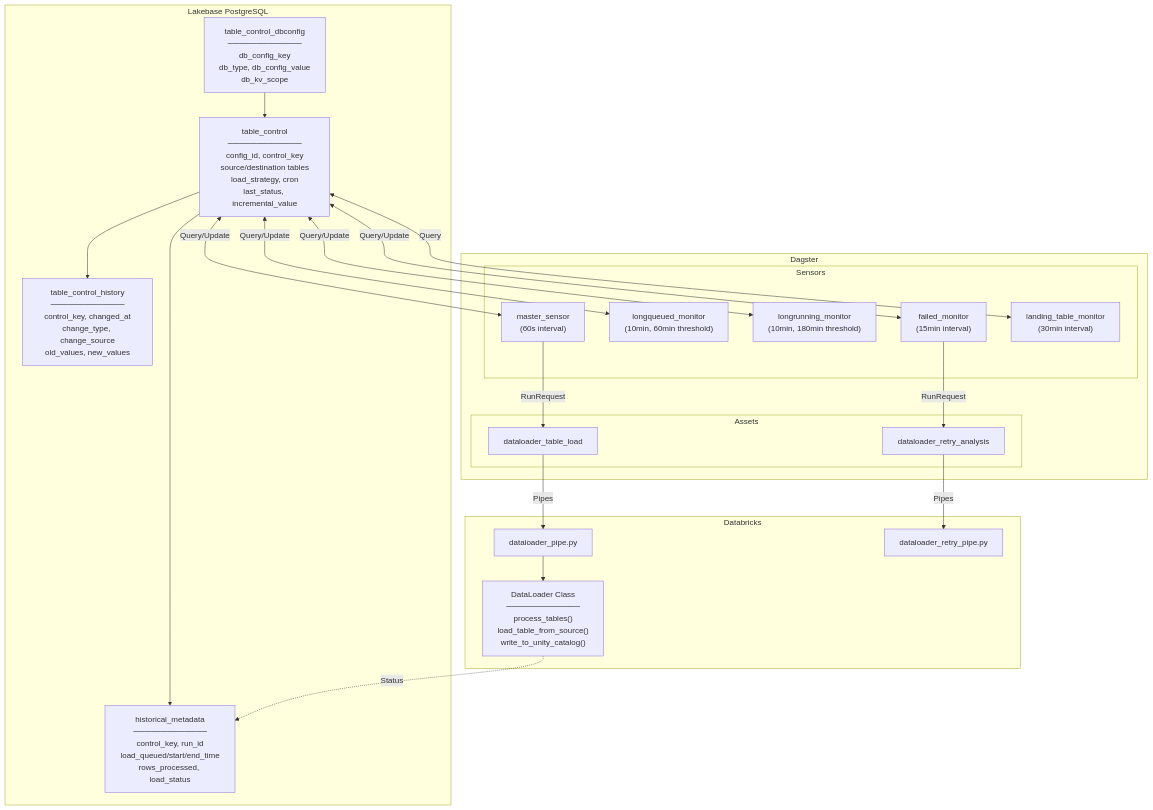
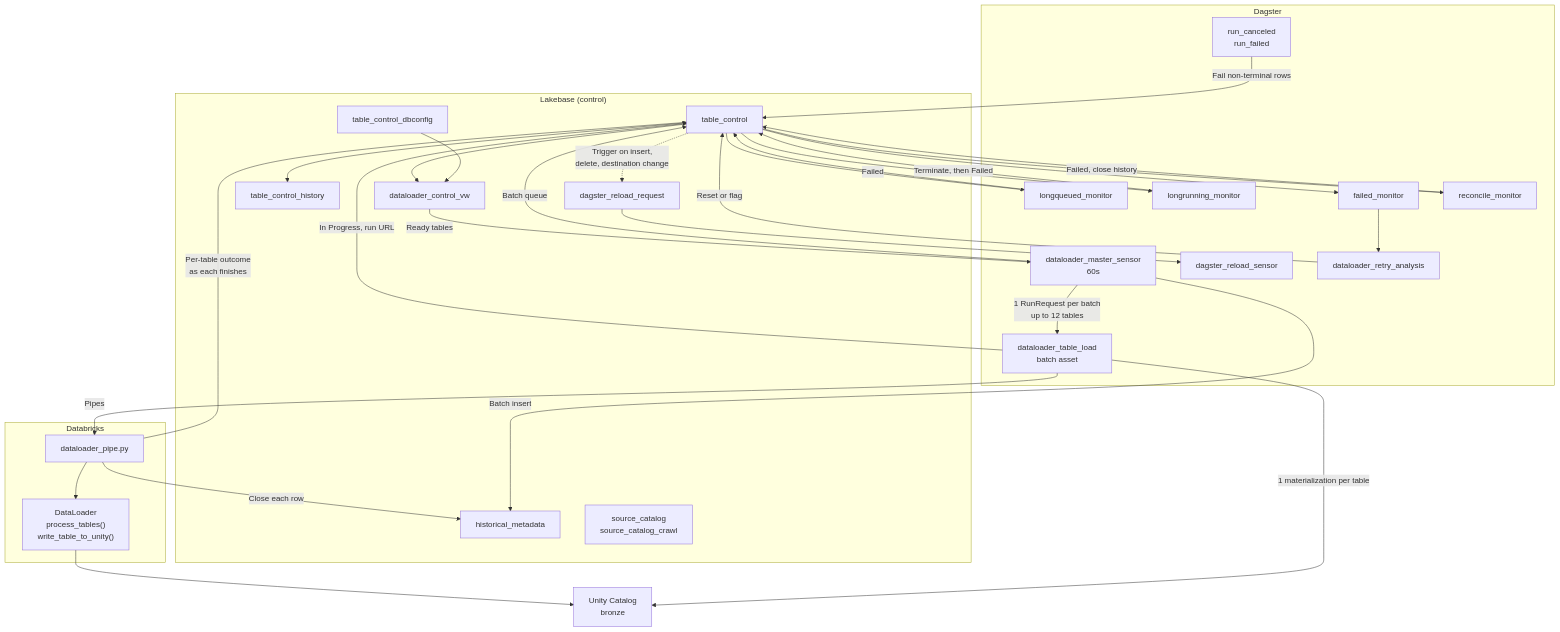
The second of 7 diagrams in diagrams/02-architecture.md (DakotaDataEng/dataloader-docs), drawn with Mermaid before and after one commit. The commit also changed other lines of this file and 40 other files, not shown here.

````diff
--- a/diagrams/02-architecture.md
+++ b/diagrams/02-architecture.md
@@ -44,50 +46,60 @@
 ```mermaid
 flowchart TB
-    subgraph Lakebase["Lakebase PostgreSQL"]
-        TC["table_control<br/>─────────────<br/>config_id, control_key<br/>source/destination tables<br/>load_strategy, cron<br/>last_status, incremental_value"]
-        TCDB["table_control_dbconfig<br/>─────────────<br/>db_config_key<br/>db_type, db_config_value<br/>db_kv_scope"]
-        HM["historical_metadata<br/>─────────────<br/>control_key, run_id<br/>load_queued/start/end_time<br/>rows_processed, load_status"]
-        TCH["table_control_history<br/>─────────────<br/>control_key, changed_at<br/>change_type, change_source<br/>old_values, new_values"]
-
-        TCDB --> TC
-        TC --> HM
-        TC --> TCH
+    subgraph LB["Lakebase (control)"]
+        TC["table_control"]
+        VW["dataloader_control_vw"]
+        DBC["table_control_dbconfig"]
+        HM["historical_metadata"]
+        TCH["table_control_history"]
+        SC["source_catalog<br/>source_catalog_crawl"]
+        RR["dagster_reload_request"]
     end
 
-    subgraph Dagster["Dagster"]
-        subgraph Sensors["Sensors"]
-            MS["master_sensor<br/>(60s interval)"]
-            LQM["longqueued_monitor<br/>(10min, 60min threshold)"]
-            LRM["longrunning_monitor<br/>(10min, 180min threshold)"]
-            FM["failed_monitor<br/>(15min interval)"]
-            LTM["landing_table_monitor<br/>(30min interval)"]
-        end
-
-        subgraph Assets["Assets"]
-            ATL["dataloader_table_load"]
-            ARA["dataloader_retry_analysis"]
-        end
-
-        MS -->|RunRequest| ATL
-        FM -->|RunRequest| ARA
+    subgraph DG["Dagster"]
+        MS["dataloader_master_sensor<br/>60s"]
+        LQM["longqueued_monitor"]
+        LRM["longrunning_monitor"]
+        FM["failed_monitor"]
+        RM["reconcile_monitor"]
+        RS["run_canceled<br/>run_failed"]
+        RLS["dagster_reload_sensor"]
+        ATL["dataloader_table_load<br/>batch asset"]
+        ARA["dataloader_retry_analysis"]
     end
 
-    subgraph Databricks["Databricks"]
-        DLP["dataloader_pipe.py"]
-        DL["DataLoader Class<br/>─────────────<br/>process_tables()<br/>load_table_from_source()<br/>write_to_unity_catalog()"]
-        DRP["dataloader_retry_pipe.py"]
-
-        DLP --> DL
+    subgraph DBX["Databricks"]
+        PIPE["dataloader_pipe.py"]
+        DL["DataLoader<br/>process_tables()<br/>write_table_to_unity()"]
     end
 
-    TC <-->|Query/Update| MS
-    TC <-->|Query/Update| LQM
-    TC <-->|Query/Update| LRM
-    TC <-->|Query/Update| FM
-    TC <-->|Query| LTM
+    UC["Unity Catalog<br/>bronze"]
 
-    ATL -->|Pipes| DLP
-    ARA -->|Pipes| DRP
+    TC --> VW
+    DBC --> VW
+    VW -->|Ready tables| MS
+    MS -->|1 RunRequest per batch<br/>up to 12 tables| ATL
+    MS -->|Batch insert| HM
+    MS -->|Batch queue| TC
+    ATL -->|In Progress, run URL| TC
+    ATL -->|Pipes| PIPE
+    PIPE --> DL
+    DL --> UC
+    PIPE -->|Per-table outcome<br/>as each finishes| TC
+    PIPE -->|Close each row| HM
+    ATL -->|1 materialization per table| UC
 
-    DL -.->|Status| HM
+    TC --> LQM
+    TC --> LRM
+    TC --> FM
+    TC --> RM
+    LQM -->|Failed| TC
+    LRM -->|Terminate, then Failed| TC
+    RM -->|Failed, close history| TC
+    RS -->|Fail non-terminal rows| TC
+    FM --> ARA
+    ARA -->|Reset or flag| TC
+
+    TC -.->|Trigger on insert,<br/>delete, destination change| RR
+    RR --> RLS
+    TC --> TCH
 ```
````
